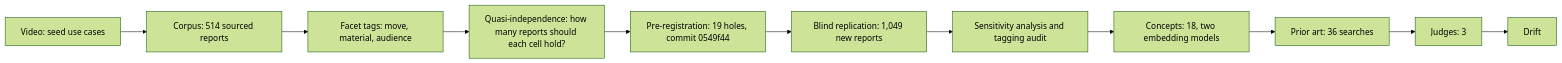
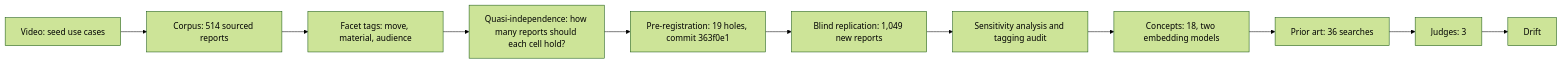
One commit to BaileyPillon/overhang changed the diagram in README.md. Above: the diagram before and after it, drawn with Mermaid (forest theme). The commit also changed other lines of this file and 6 other files, not shown here.

Commit message:
Remap pre-registration hash after authorship rewrite; disclose it

````diff
--- a/README.md
+++ b/README.md
@@ -56,13 +56,13 @@
 ```mermaid
 flowchart LR
     A["Video: seed use cases"] --> B["Corpus: 514 sourced reports"]
     B --> C["Facet tags: move, material, audience"]
     C --> D["Quasi-independence: how many reports should each cell hold?"]
-    D --> E["Pre-registration: 19 holes, commit 0549f44"]
+    D --> E["Pre-registration: 19 holes, commit 363f0e1"]
     E --> F["Blind replication: 1,049 new reports"]
     F --> G["Sensitivity analysis and tagging audit"]
     G --> H["Concepts: 18, two embedding models"]
     H --> I["Prior art: 36 searches"]
     I --> J["Judges: 3"]
     J --> K["Drift"]
 ```
````
